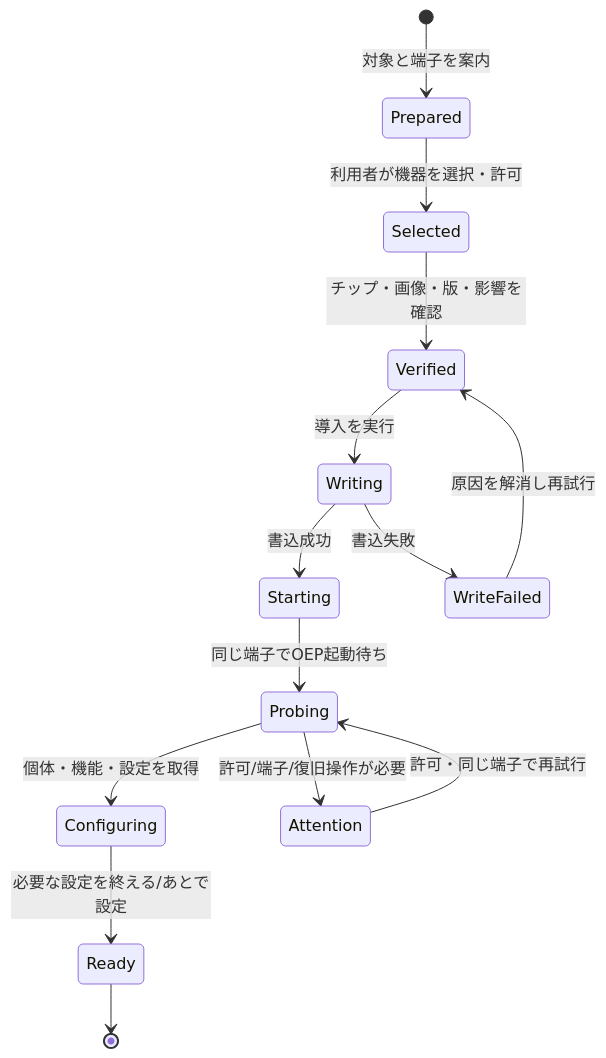
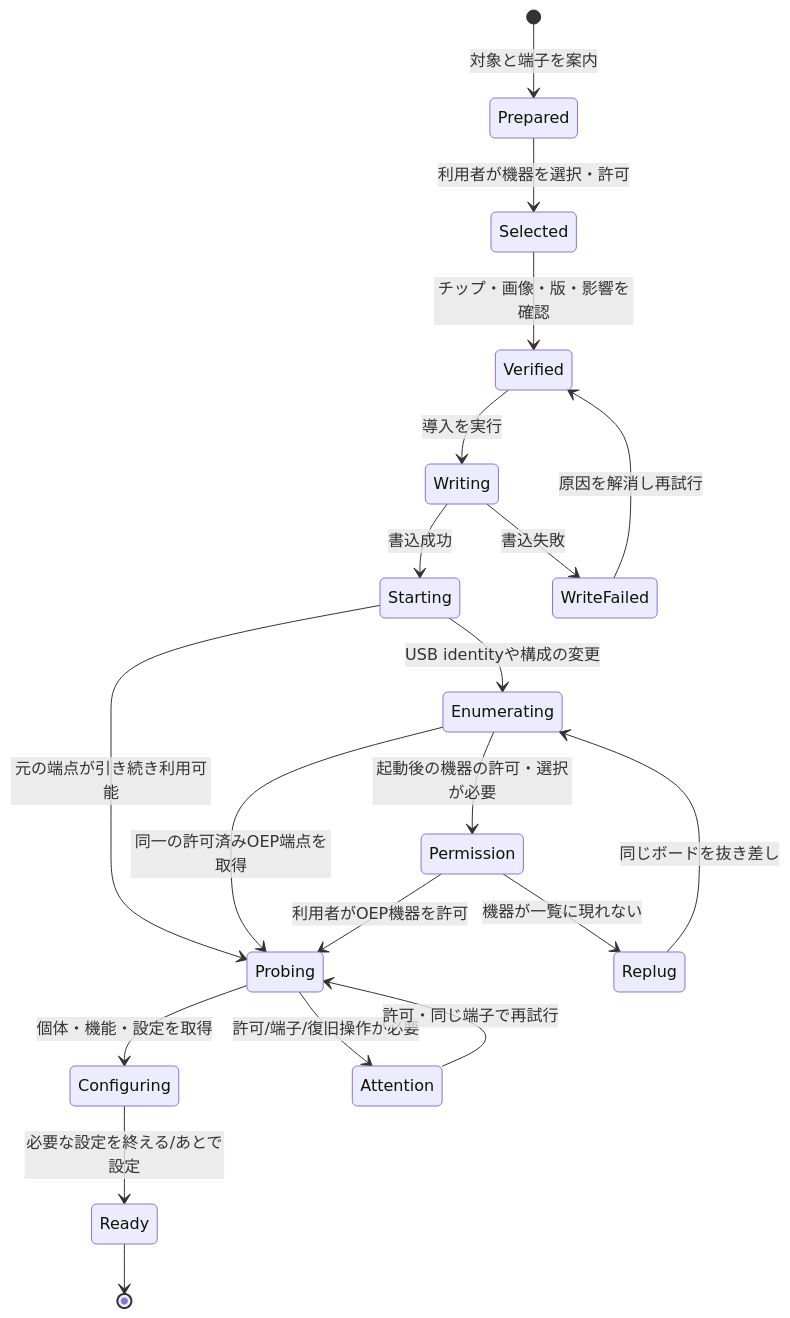
Before and after one commit to Open-Embedded-Probe/oep-client-js: the diagram in docs/page-connection.ja.md, drawn with Mermaid. The commit also changed other lines of this file and 3 other files, not shown here.

````diff
--- a/docs/page-connection.ja.md
+++ b/docs/page-connection.ja.md
@@ -91,16 +108,22 @@
 ```mermaid
 stateDiagram-v2
   [*] --> Prepared: 対象と端子を案内
   Prepared --> Selected: 利用者が機器を選択・許可
   Selected --> Verified: チップ・画像・版・影響を確認
   Verified --> Writing: 導入を実行
   Writing --> Starting: 書込成功
   Writing --> WriteFailed: 書込失敗
   WriteFailed --> Verified: 原因を解消し再試行
-  Starting --> Probing: 同じ端子でOEP起動待ち
+  Starting --> Probing: 元の端点が引き続き利用可能
+  Starting --> Enumerating: USB identityや構成の変更
+  Enumerating --> Probing: 同一の許可済みOEP端点を取得
+  Enumerating --> Permission: 起動後の機器の許可・選択が必要
+  Permission --> Probing: 利用者がOEP機器を許可
+  Permission --> Replug: 機器が一覧に現れない
+  Replug --> Enumerating: 同じボードを抜き差し
   Probing --> Configuring: 個体・機能・設定を取得
   Probing --> Attention: 許可/端子/復旧操作が必要
   Attention --> Probing: 許可・同じ端子で再試行
   Configuring --> Ready: 必要な設定を終える/あとで設定
   Ready --> [*]
 ```
````
